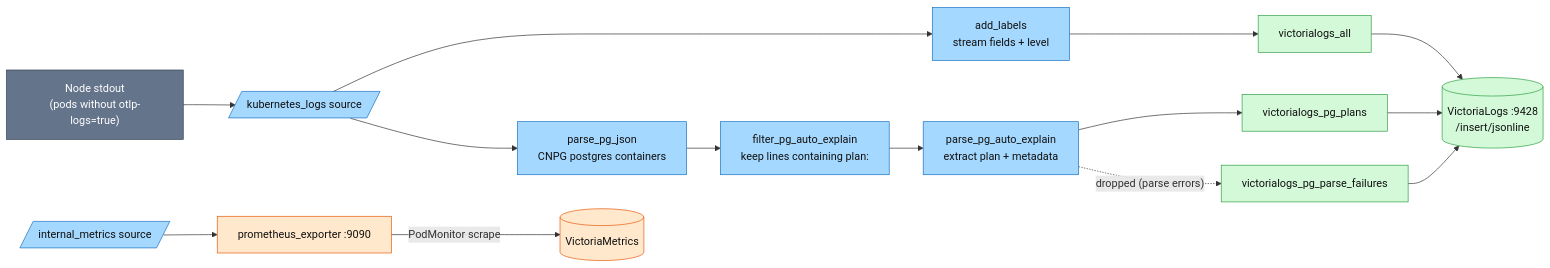
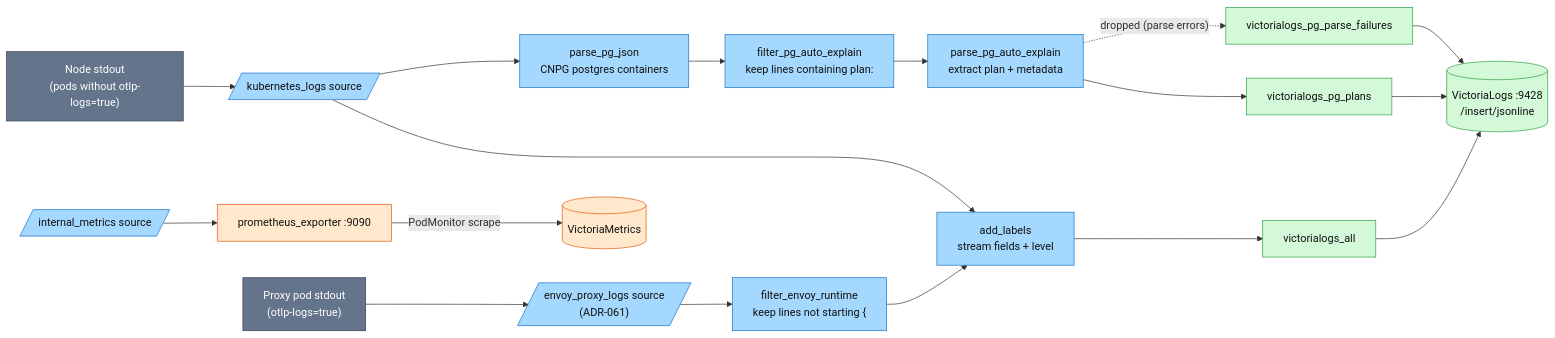
Before and after one commit to duynhlab/homelab: the first of 2 diagrams in docs/observability/logging/vector.md, drawn with Mermaid. The commit also changed other lines of this file and 11 other files, not shown here.

````diff
--- a/docs/observability/logging/vector.md
+++ b/docs/observability/logging/vector.md
@@ -44,21 +53,24 @@
 ```mermaid
 flowchart LR
     K8S["Node stdout<br/>(pods without otlp-logs=true)"] --> SRC[/"kubernetes_logs source"/]
+    EGP["Proxy pod stdout<br/>(otlp-logs=true)"] --> ESRC[/"envoy_proxy_logs source<br/>(ADR-061)"/]
+    ESRC --> ERT["filter_envoy_runtime<br/>keep lines not starting {"]
+    ERT --> AL
     SRC --> AL["add_labels<br/>stream fields + level"]
     SRC --> PJ["parse_pg_json<br/>CNPG postgres containers"]
     PJ --> FAE["filter_pg_auto_explain<br/>keep lines containing plan:"]
     FAE --> PAE["parse_pg_auto_explain<br/>extract plan + metadata"]
     AL --> ALL["victorialogs_all"]
     PAE --> PLANS["victorialogs_pg_plans"]
     PAE -. "dropped (parse errors)" .-> FAILS["victorialogs_pg_parse_failures"]
     ALL & PLANS & FAILS --> VL[("VictoriaLogs :9428<br/>/insert/jsonline")]
     IM[/"internal_metrics source"/] --> PE["prometheus_exporter :9090"] -->|"PodMonitor scrape"| VM[("VictoriaMetrics")]
     classDef external fill:#64748b,color:#fff,stroke:#334155;
     classDef collector fill:#a5d8ff,color:#111,stroke:#1971c2;
     classDef log fill:#d3f9d8,color:#111,stroke:#2f9e44;
     classDef metric fill:#ffe8cc,color:#111,stroke:#e8590c;
-    class K8S external;
-    class SRC,AL,PJ,FAE,PAE,IM collector;
+    class K8S,EGP external;
+    class SRC,ESRC,ERT,AL,PJ,FAE,PAE,IM collector;
     class ALL,PLANS,FAILS,VL log;
     class PE,VM metric;
 ```
````
